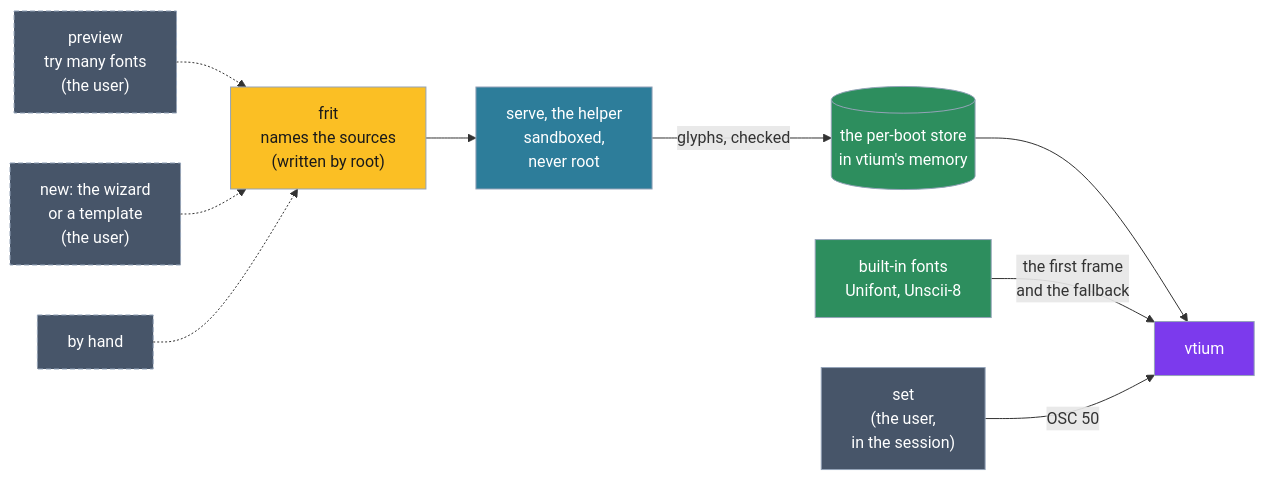
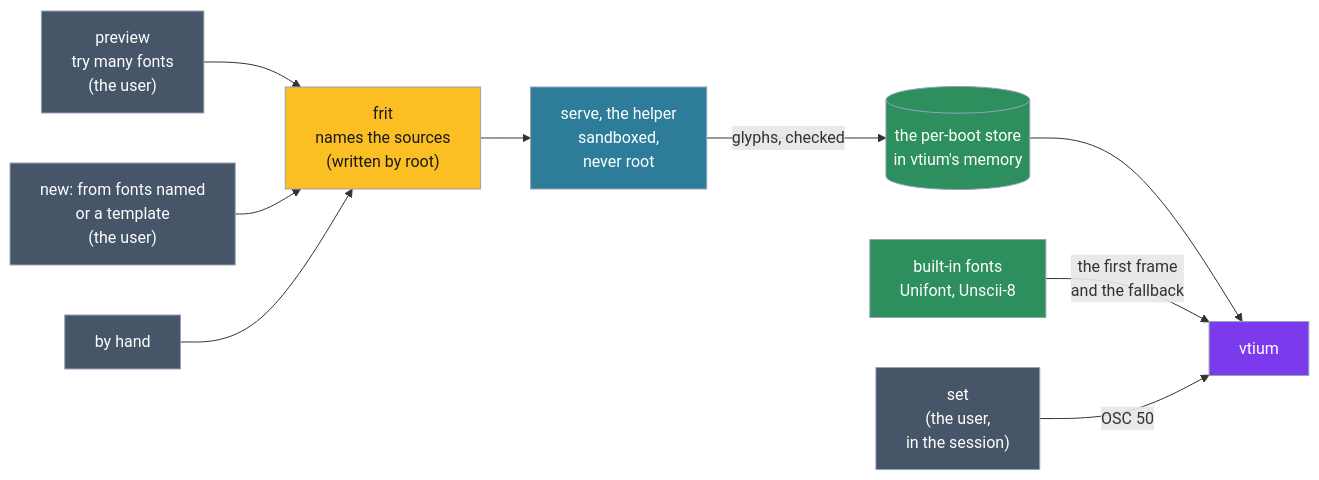
The third of 3 diagrams in docs/concepts.md (vtium/vtium), drawn with Mermaid before and after one commit. The commit also changed other lines of this file and 3 other files, not shown here.

````diff
--- a/docs/concepts.md
+++ b/docs/concepts.md
@@ -173,23 +173,21 @@
 ```mermaid
 flowchart LR
-    P["preview<br>try many fonts<br>(the user)"] -.-> R
-    W["new: the wizard<br>or a template<br>(the user)"] -.-> R
-    H["by hand"] -.-> R
+    P["preview<br>try many fonts<br>(the user)"] --> R
+    W["new: from fonts named<br>or a template<br>(the user)"] --> R
+    H["by hand"] --> R
     R["frit<br>names the sources<br>(written by root)"] --> HE["serve, the helper<br>sandboxed,<br>never root"]
     HE -->|"glyphs, checked"| ST[("the per-boot store<br>in vtium's memory")]
     ST --> V["vtium"]
     B["built-in fonts<br>Unifont, Unscii-8"] -->|"the first frame<br>and the fallback"| V
     S["set<br>(the user,<br>in the session)"] -->|"OSC 50"| V
     classDef step fill:#2d7d9a,color:#ffffff,stroke:#94a3b8
     classDef core fill:#7c3aed,color:#ffffff,stroke:#94a3b8
     classDef store fill:#2d8e5e,color:#ffffff,stroke:#94a3b8
     classDef input fill:#fbbf24,color:#1a1a1a,stroke:#94a3b8
     classDef user fill:#475569,color:#ffffff,stroke:#94a3b8
-    classDef proposed fill:#475569,color:#ffffff,stroke:#94a3b8,stroke-dasharray:5 3
     class HE step
     class V core
     class ST,B store
     class R input
-    class S user
-    class P,W,H proposed
+    class S,P,W,H user
 ```
````
